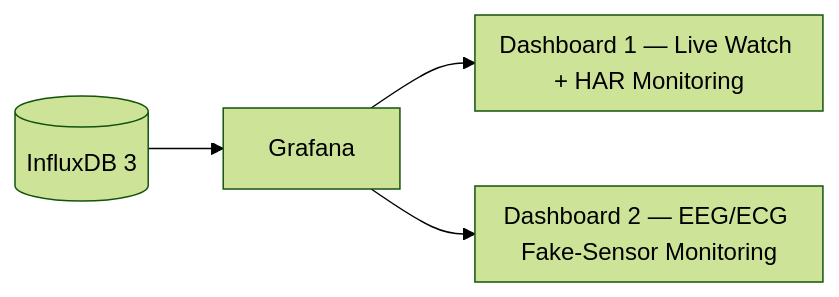
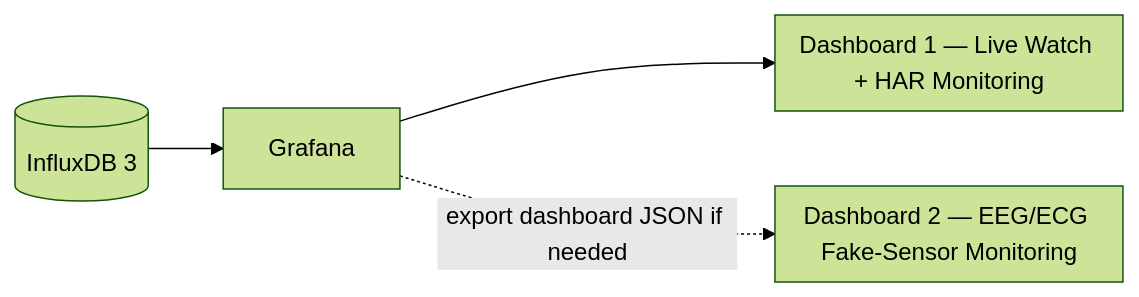
The sixth of 6 diagrams in docs/Architecture.md (Aramushaa/Smart-Tennis-Field), drawn with Mermaid (forest theme) before and after one commit. The commit also changed other lines of this file and 4 other files, not shown here.

````diff
--- a/docs/Architecture.md
+++ b/docs/Architecture.md
@@ -170,13 +162,13 @@
 ```mermaid
 flowchart LR
     DB[(InfluxDB 3)] --> G[Grafana]
 
     subgraph Dashboard_1["Dashboard 1 — Live Watch + HAR Monitoring"]
     end
 
     subgraph Dashboard_2["Dashboard 2 — EEG/ECG Fake-Sensor Monitoring"]
     end
 
     G --> Dashboard_1
-    G --> Dashboard_2
+    G -. export dashboard JSON if needed .-> Dashboard_2
 ```
````
